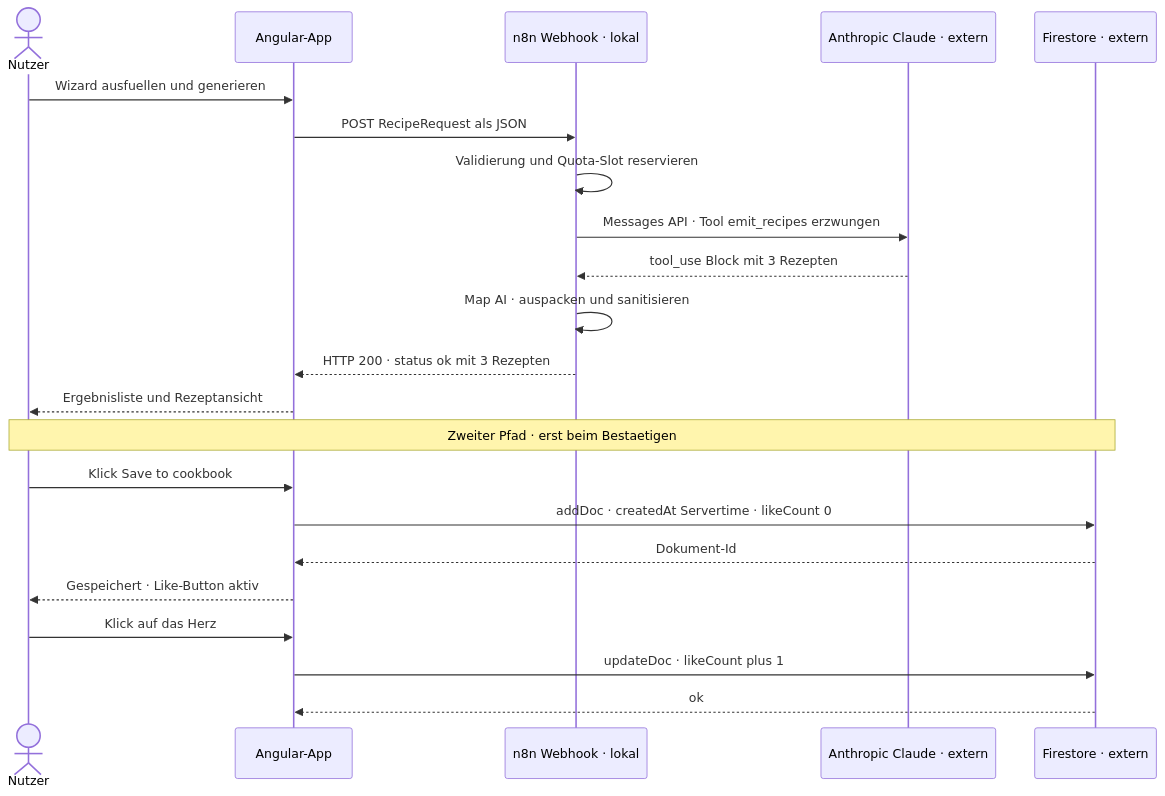
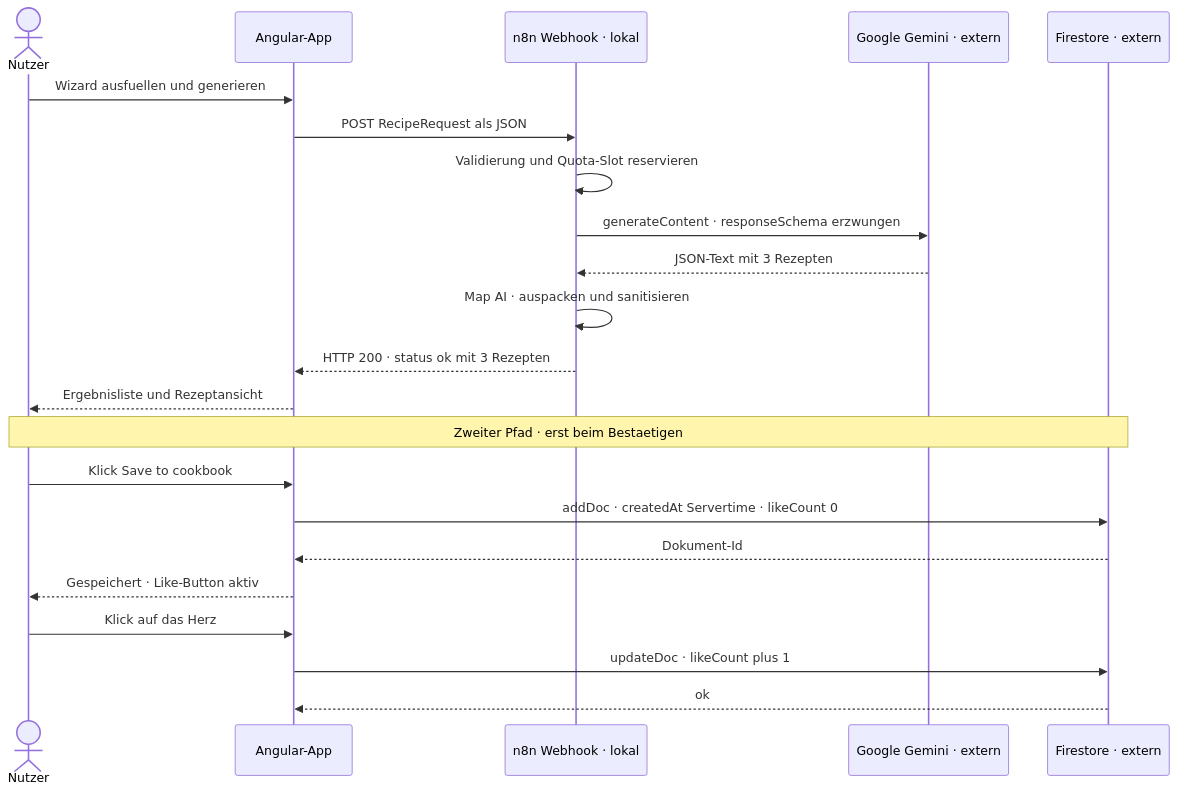
The fourth of 4 diagrams in docs/architektur.md (ttoebbe/code-a-cuisine), drawn with Mermaid before and after one commit. The commit also changed other lines of this file and 7 other files, not shown here.

First line of the commit message:
refactor(n8n): switch recipe generation from Claude to Gemini

````diff
--- a/docs/architektur.md
+++ b/docs/architektur.md
@@ -299,26 +334,26 @@
 ```mermaid
 sequenceDiagram
   actor User as Nutzer
   participant NG as Angular-App
   participant N8N as n8n Webhook · lokal
-  participant AI as Anthropic Claude · extern
+  participant AI as Google Gemini · extern
   participant FS as Firestore · extern
 
   User->>NG: Wizard ausfuellen und generieren
   NG->>N8N: POST RecipeRequest als JSON
   N8N->>N8N: Validierung und Quota-Slot reservieren
-  N8N->>AI: Messages API · Tool emit_recipes erzwungen
-  AI-->>N8N: tool_use Block mit 3 Rezepten
+  N8N->>AI: generateContent · responseSchema erzwungen
+  AI-->>N8N: JSON-Text mit 3 Rezepten
   N8N->>N8N: Map AI · auspacken und sanitisieren
   N8N-->>NG: HTTP 200 · status ok mit 3 Rezepten
   NG-->>User: Ergebnisliste und Rezeptansicht
 
   Note over User,FS: Zweiter Pfad · erst beim Bestaetigen
   User->>NG: Klick Save to cookbook
   NG->>FS: addDoc · createdAt Servertime · likeCount 0
   FS-->>NG: Dokument-Id
   NG-->>User: Gespeichert · Like-Button aktiv
   User->>NG: Klick auf das Herz
   NG->>FS: updateDoc · likeCount plus 1
   FS-->>NG: ok
 ```
````
